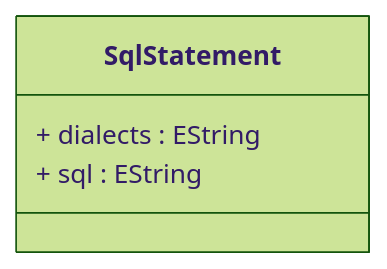
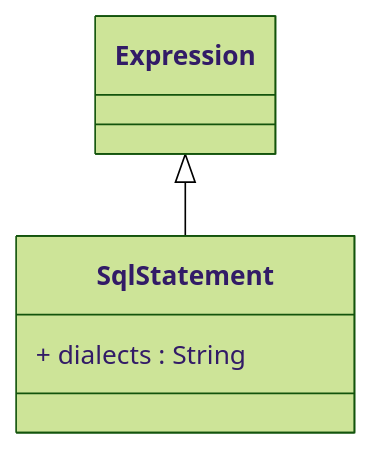
Before and after one commit to eclipse-daanse/eclipse-daanse.github.io: the diagram in docs/cubeserver/model/class-SqlStatement.md, drawn with Mermaid (forest theme). The commit also changed other lines of this file and 138 other files, not shown here.

````diff
--- a/docs/cubeserver/model/class-SqlStatement.md
+++ b/docs/cubeserver/model/class-SqlStatement.md
@@ -75,10 +68,9 @@
 ```mermaid
 classDiagram
   class SqlStatement {
-    + dialects : EString
-    + sql : EString
+    + dialects : String
   }
 
-
+  Expression <|-- SqlStatement
 
 ```
````
